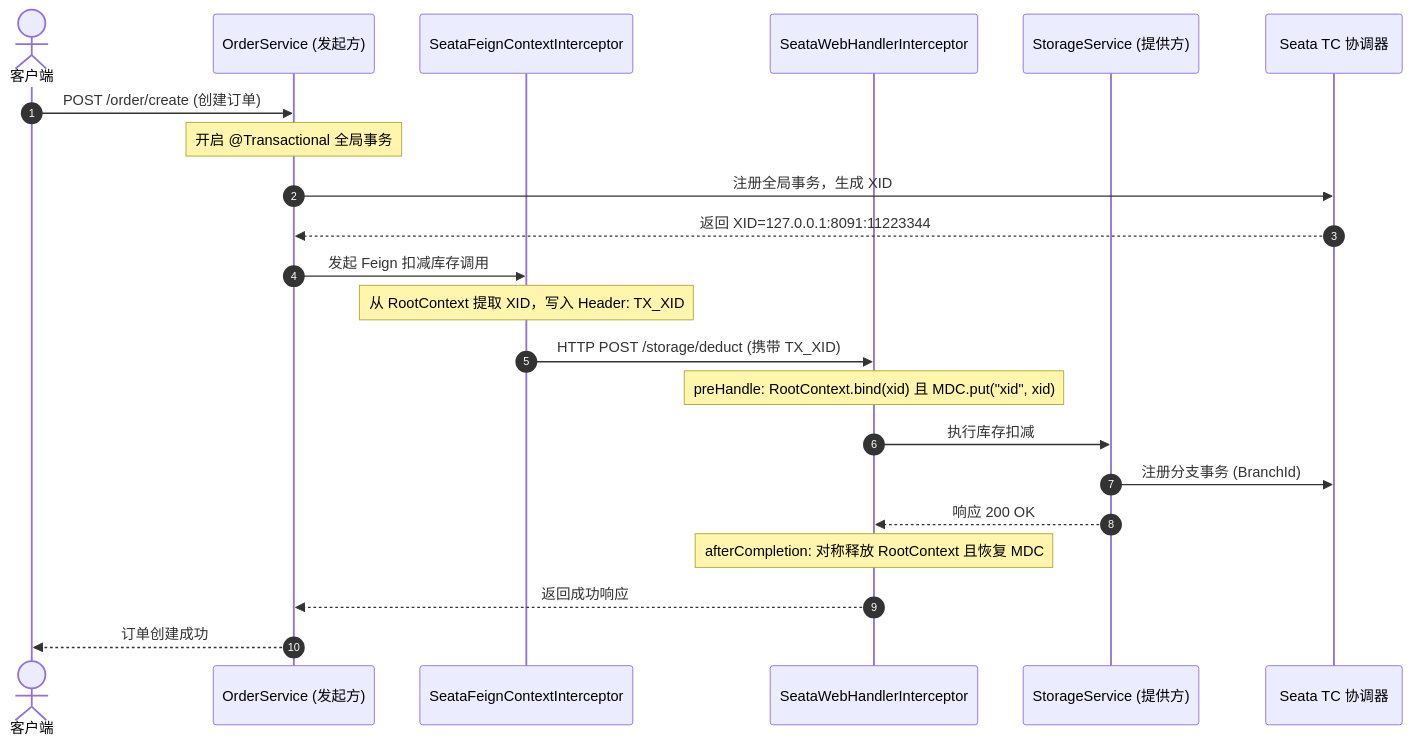
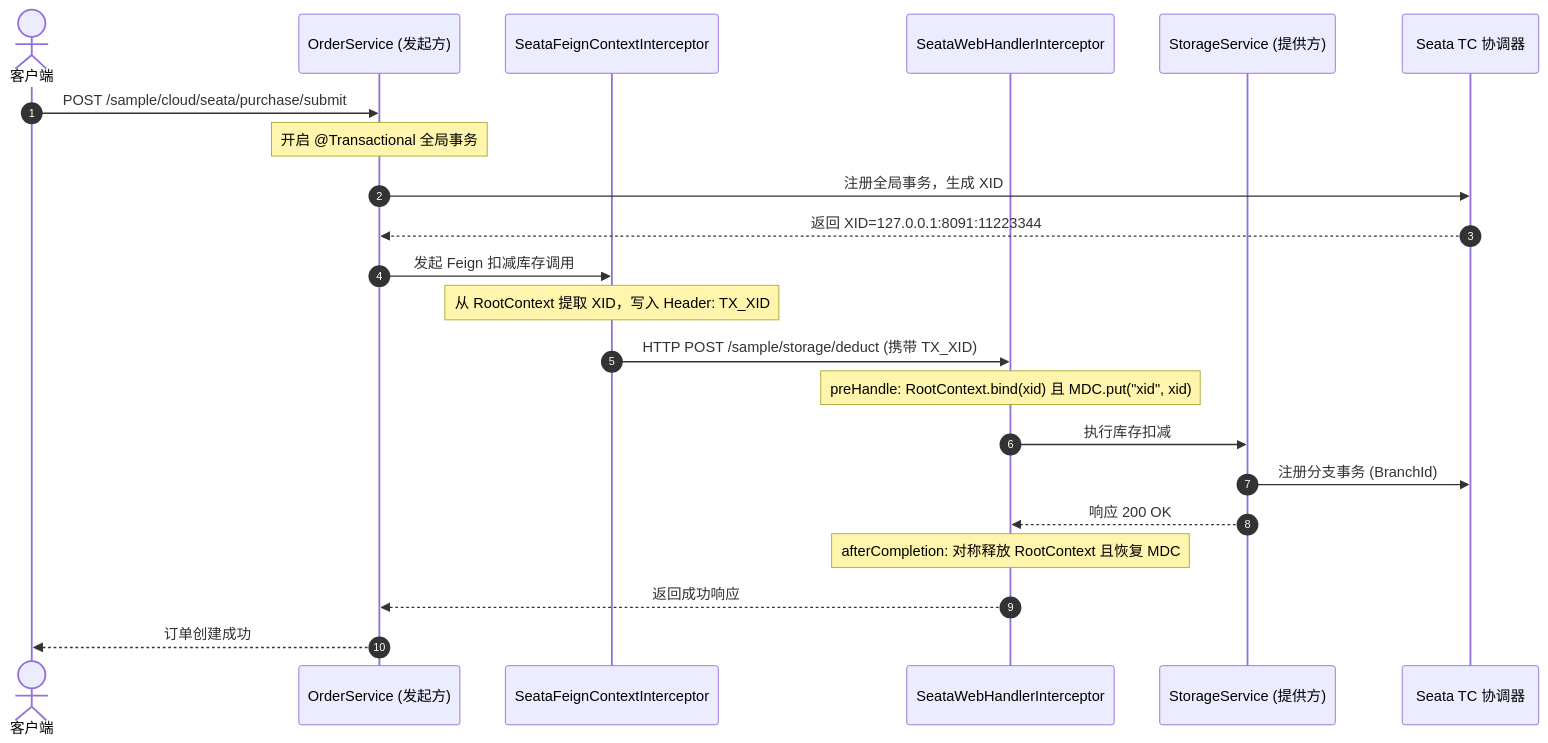
The third of 3 diagrams in ateng-cloud-seata/README.md (atengk/ateng-cloud), drawn with Mermaid before and after one commit. The commit also changed other lines of this file, not shown here.

First line of the commit message:
docs(seata): Starter 模块 README 8 大能力领域大章全维重构与闭环 (close #158)

````diff
--- a/ateng-cloud-seata/README.md
+++ b/ateng-cloud-seata/README.md
@@ -679,25 +742,25 @@
 ```mermaid
 sequenceDiagram
     autonumber
     actor Client as 客户端
     participant OrderSvc as OrderService (发起方)
     participant FeignInter as SeataFeignContextInterceptor
     participant WebInter as SeataWebHandlerInterceptor
     participant StorageSvc as StorageService (提供方)
     participant TC as Seata TC 协调器
 
-    Client->>OrderSvc: POST /order/create (创建订单)
+    Client->>OrderSvc: POST /sample/cloud/seata/purchase/submit
     Note over OrderSvc: 开启 @Transactional 全局事务
     OrderSvc->>TC: 注册全局事务，生成 XID
     TC-->>OrderSvc: 返回 XID=127.0.0.1:8091:11223344
     OrderSvc->>FeignInter: 发起 Feign 扣减库存调用
     Note over FeignInter: 从 RootContext 提取 XID，写入 Header: TX_XID
-    FeignInter->>WebInter: HTTP POST /storage/deduct (携带 TX_XID)
+    FeignInter->>WebInter: HTTP POST /sample/storage/deduct (携带 TX_XID)
     Note over WebInter: preHandle: RootContext.bind(xid) 且 MDC.put("xid", xid)
     WebInter->>StorageSvc: 执行库存扣减
     StorageSvc->>TC: 注册分支事务 (BranchId)
     StorageSvc-->>WebInter: 响应 200 OK
     Note over WebInter: afterCompletion: 对称释放 RootContext 且恢复 MDC
     WebInter-->>OrderSvc: 返回成功响应
     OrderSvc-->>Client: 订单创建成功
 ```
````
